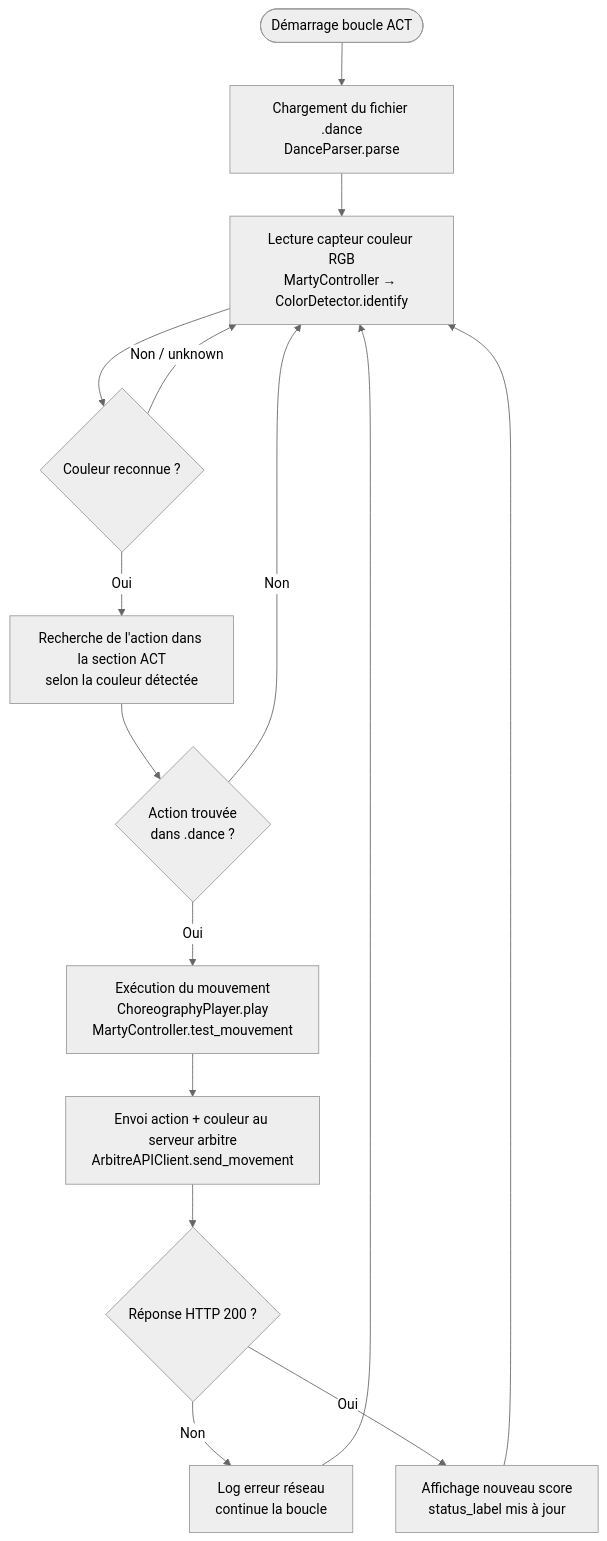
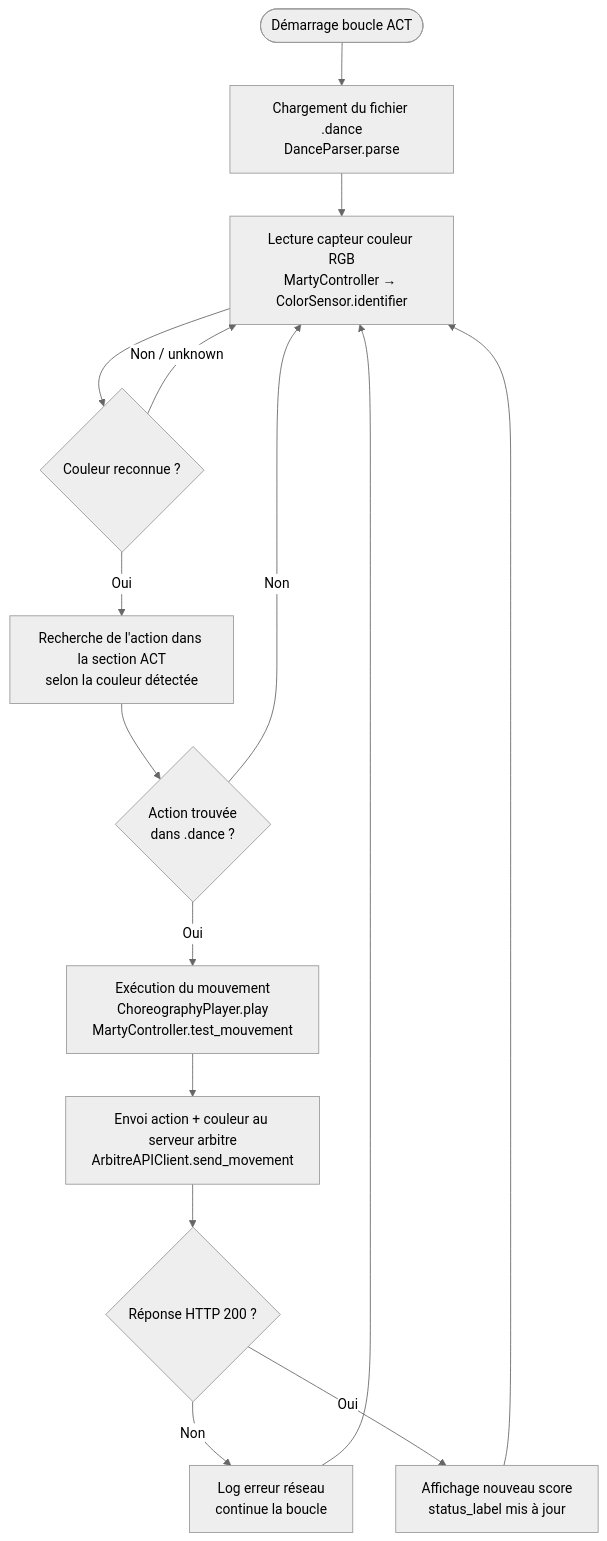
Before and after one commit to ryantsou/AKIMBOT_V2: the diagram in docs/ALGORIGRAMME_CLIENT.md, drawn with Mermaid (neutral theme). The commit also changed other lines of this file and 8 other files, not shown here.

````diff
--- a/docs/ALGORIGRAMME_CLIENT.md
+++ b/docs/ALGORIGRAMME_CLIENT.md
@@ -9,27 +9,27 @@
 ```mermaid
 graph TD
     Start([Démarrage boucle ACT]) --> LoadDance[Chargement du fichier .dance\nDanceParser.parse]
-    LoadDance --> ReadSensor[Lecture capteur couleur RGB\nMartyController → ColorDetector.identify]
+    LoadDance --> ReadSensor[Lecture capteur couleur RGB\nMartyController → ColorSensor.identifier]
 
     ReadSensor --> Known{Couleur reconnue ?}
 
     Known -- Non / unknown --> ReadSensor
 
     Known -- Oui --> LookupACT[Recherche de l'action dans la section ACT\nselon la couleur détectée]
 
     LookupACT --> Found{Action trouvée\ndans .dance ?}
 
     Found -- Non --> ReadSensor
 
     Found -- Oui --> Execute[Exécution du mouvement\nChoreographyPlayer.play\nMartyController.test_mouvement]
 
     Execute --> Report[Envoi action + couleur au serveur arbitre\nArbitreAPIClient.send_movement]
 
     Report --> Response{Réponse HTTP 200 ?}
 
     Response -- Non --> ErrLog[Log erreur réseau\ncontinue la boucle]
     Response -- Oui --> ScoreLog[Affichage nouveau score\nstatus_label mis à jour]
 
     ErrLog --> ReadSensor
     ScoreLog --> ReadSensor
 ```
````
